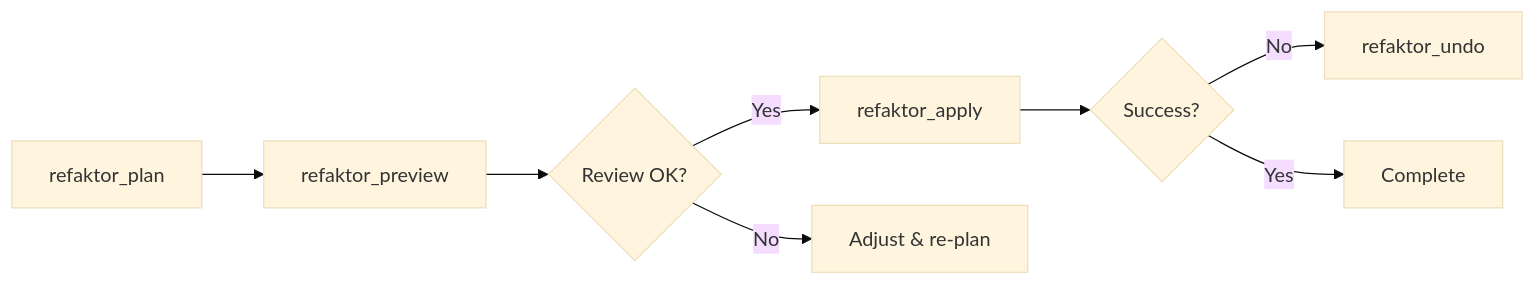
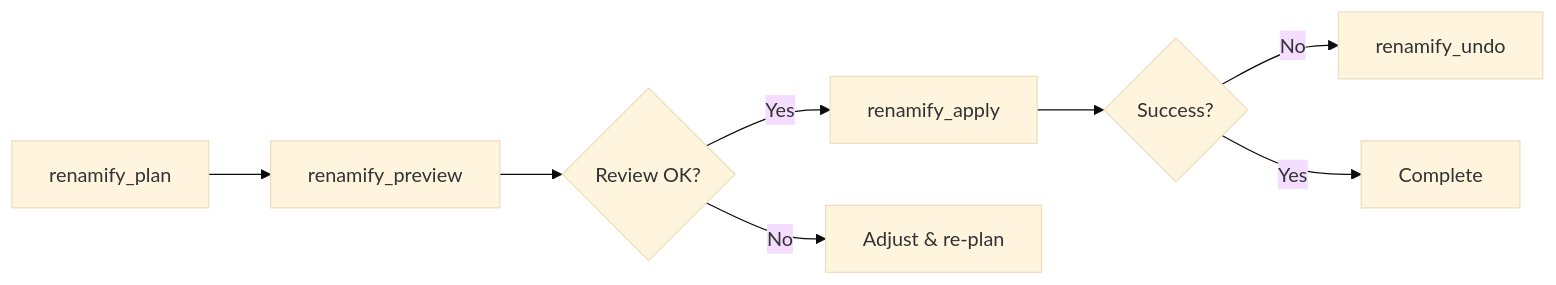
The diagram in docs/src/content/docs/mcp/tools.mdx (DocSpring/renamify), drawn with Mermaid (base theme) before and after one commit. The commit also changed other lines of this file and 208 other files, not shown here.

Commit message:
Renamed refaktor to renamify

````diff
--- a/docs/src/content/docs/mcp/tools.mdx
+++ b/docs/src/content/docs/mcp/tools.mdx
@@ -318,10 +318,10 @@
 ```mermaid
 graph LR
-    A[refaktor_plan] --> B[refaktor_preview]
+    A[renamify_plan] --> B[renamify_preview]
     B --> C{Review OK?}
-    C -->|Yes| D[refaktor_apply]
+    C -->|Yes| D[renamify_apply]
     C -->|No| E[Adjust & re-plan]
     D --> F{Success?}
-    F -->|No| G[refaktor_undo]
+    F -->|No| G[renamify_undo]
     F -->|Yes| H[Complete]
 ```
````
